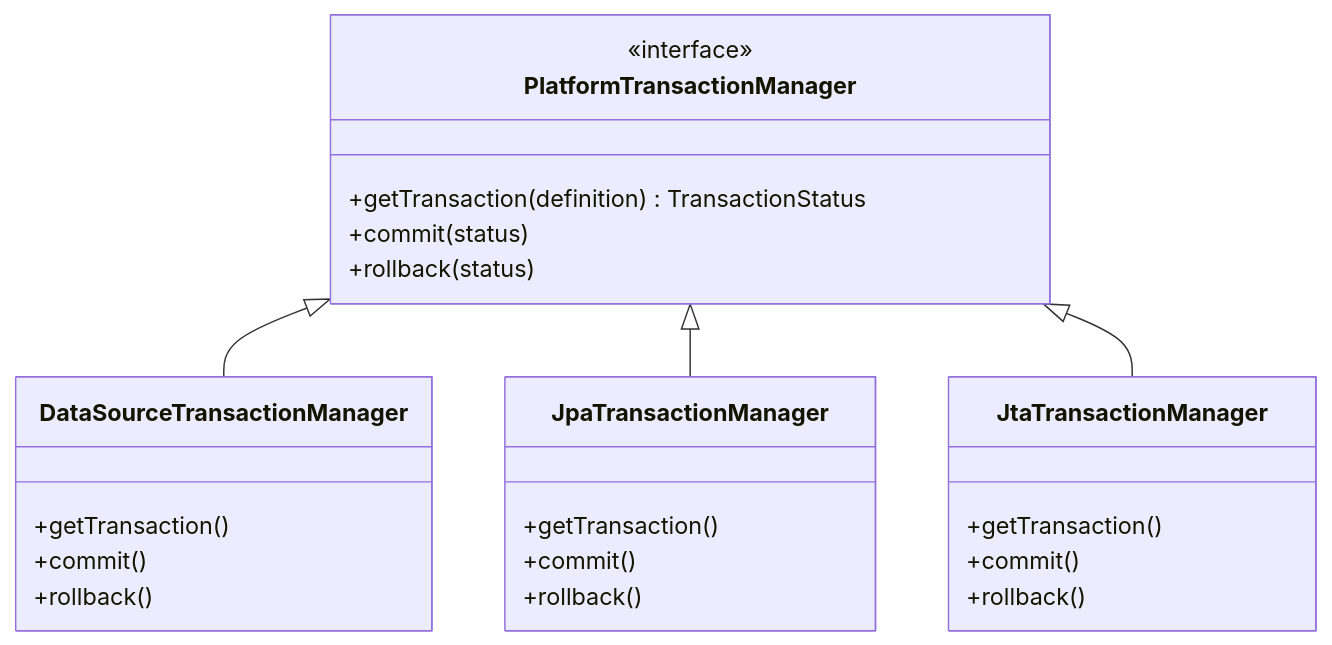
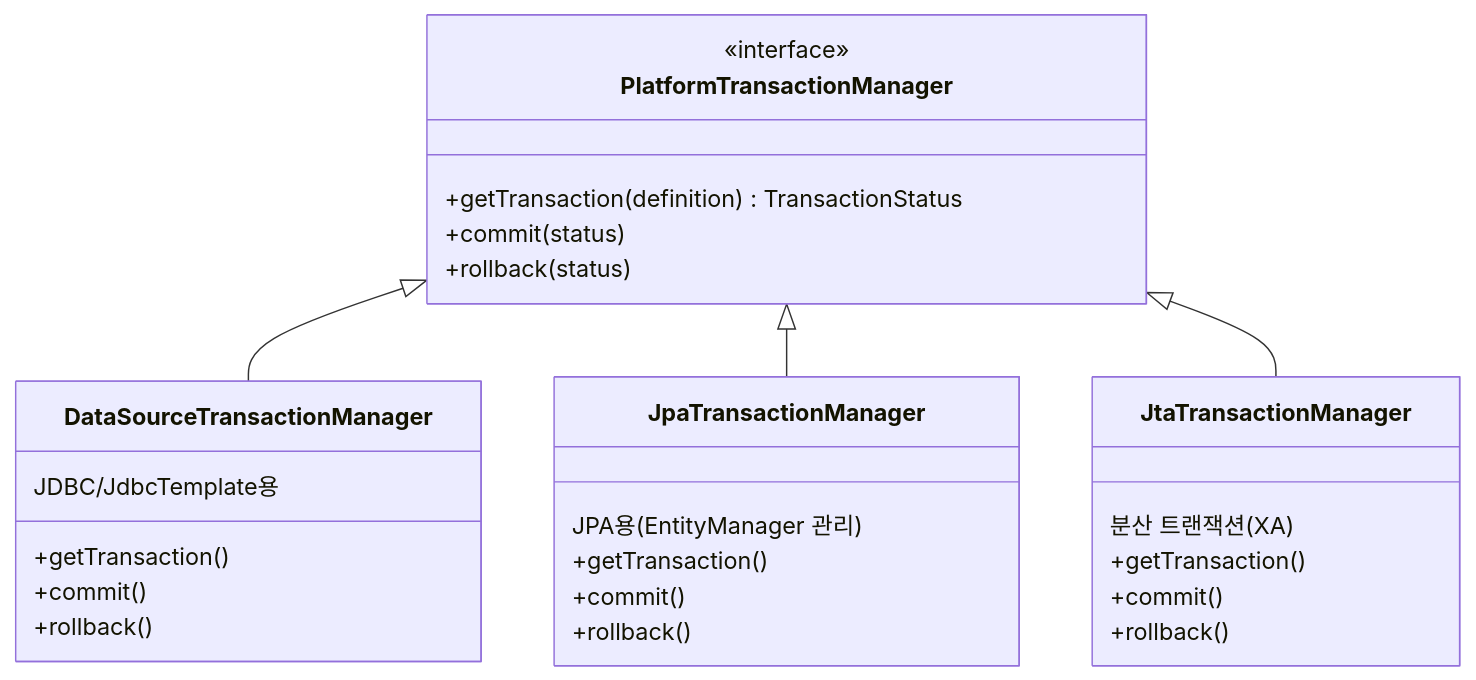
The fifth of 11 diagrams in _posts/spring/2026-05-02-spring-db-1.md (yjkim2015/yjkim2015.github.io), drawn with Mermaid before and after one commit. The commit also changed other lines of this file and 32 other files, not shown here.

````diff
--- a/_posts/spring/2026-05-02-spring-db-1.md
+++ b/_posts/spring/2026-05-02-spring-db-1.md
@@ -309,31 +334,34 @@
 ```mermaid
 classDiagram
     class PlatformTransactionManager {
         <<interface>>
         +getTransaction(definition) TransactionStatus
         +commit(status)
         +rollback(status)
     }
 
     class DataSourceTransactionManager {
+        JDBC/JdbcTemplate용
         +getTransaction()
         +commit()
         +rollback()
     }
 
     class JpaTransactionManager {
+        JPA용 (EntityManager 관리)
         +getTransaction()
         +commit()
         +rollback()
     }
 
     class JtaTransactionManager {
+        분산 트랜잭션 (XA)
         +getTransaction()
         +commit()
         +rollback()
     }
 
     PlatformTransactionManager <|-- DataSourceTransactionManager
     PlatformTransactionManager <|-- JpaTransactionManager
     PlatformTransactionManager <|-- JtaTransactionManager
 ```
````
